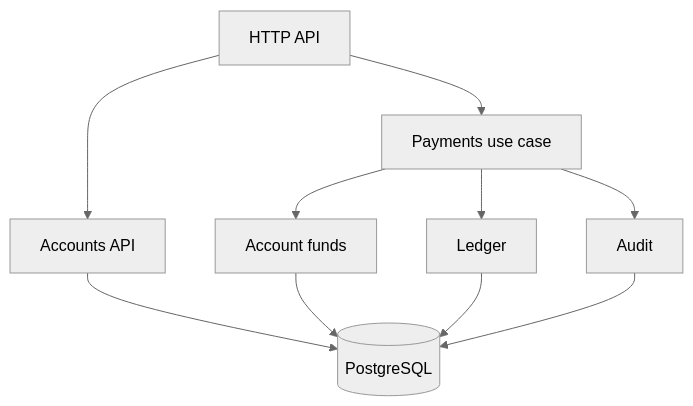
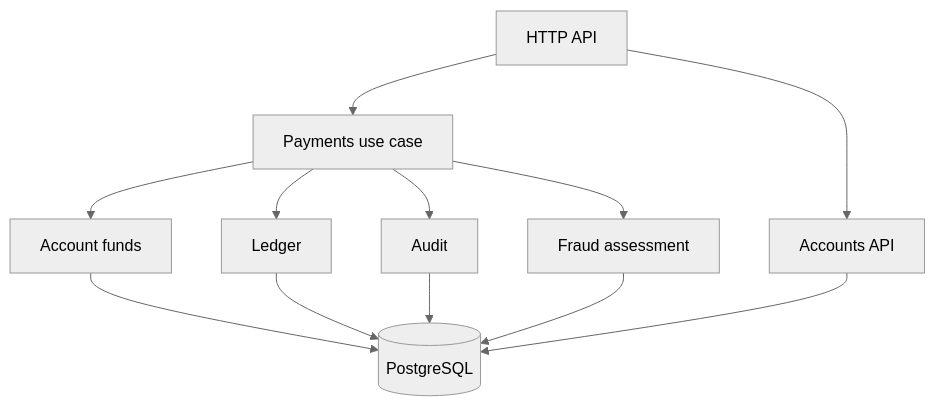
The diagram in README.md (Danylo16/sentinel-payment-fraud-engine), drawn with Mermaid (neutral theme) before and after one commit. The commit also changed other lines of this file and 6 other files, not shown here.

````diff
--- a/README.md
+++ b/README.md
@@ -22,12 +22,14 @@
 ```mermaid
 flowchart TD
   API[HTTP API] --> P[Payments use case]
   API --> A[Accounts API]
   P --> F[Account funds]
   P --> L[Ledger]
   P --> U[Audit]
+  P --> R[Fraud assessment]
+  R --> DB
   A --> DB[(PostgreSQL)]
   F --> DB
   L --> DB
   U --> DB
 ```
````
